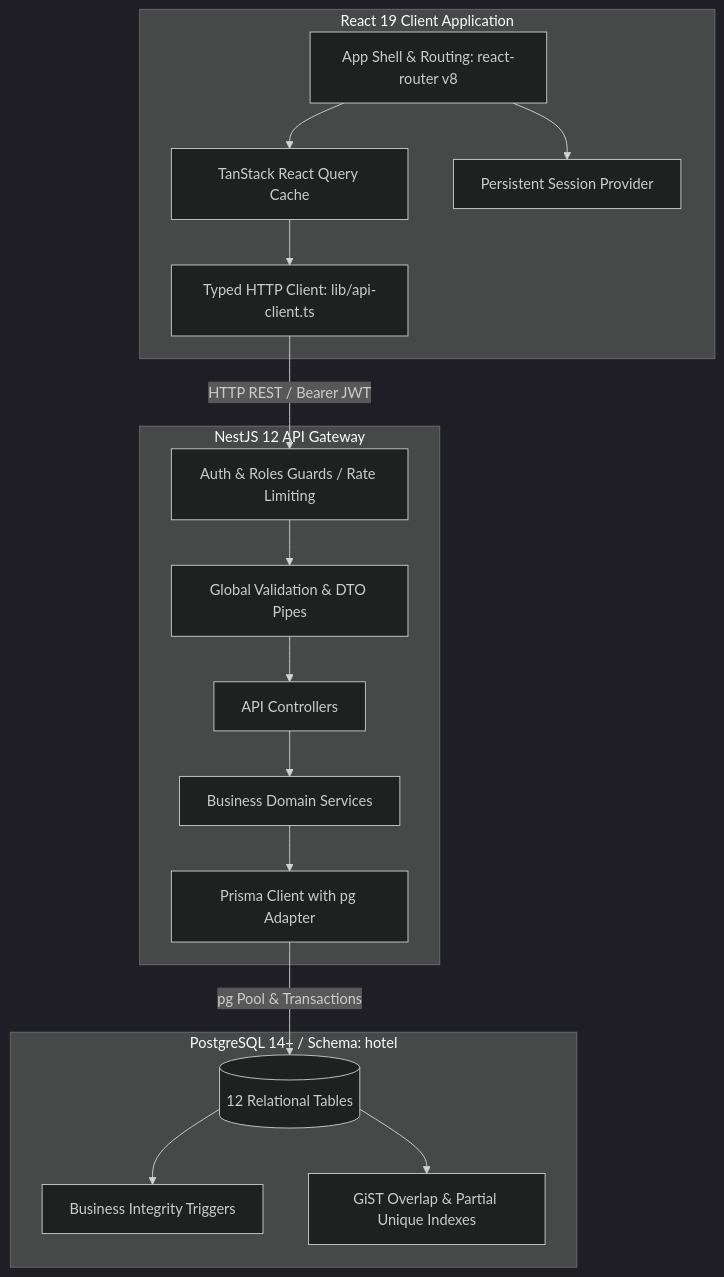
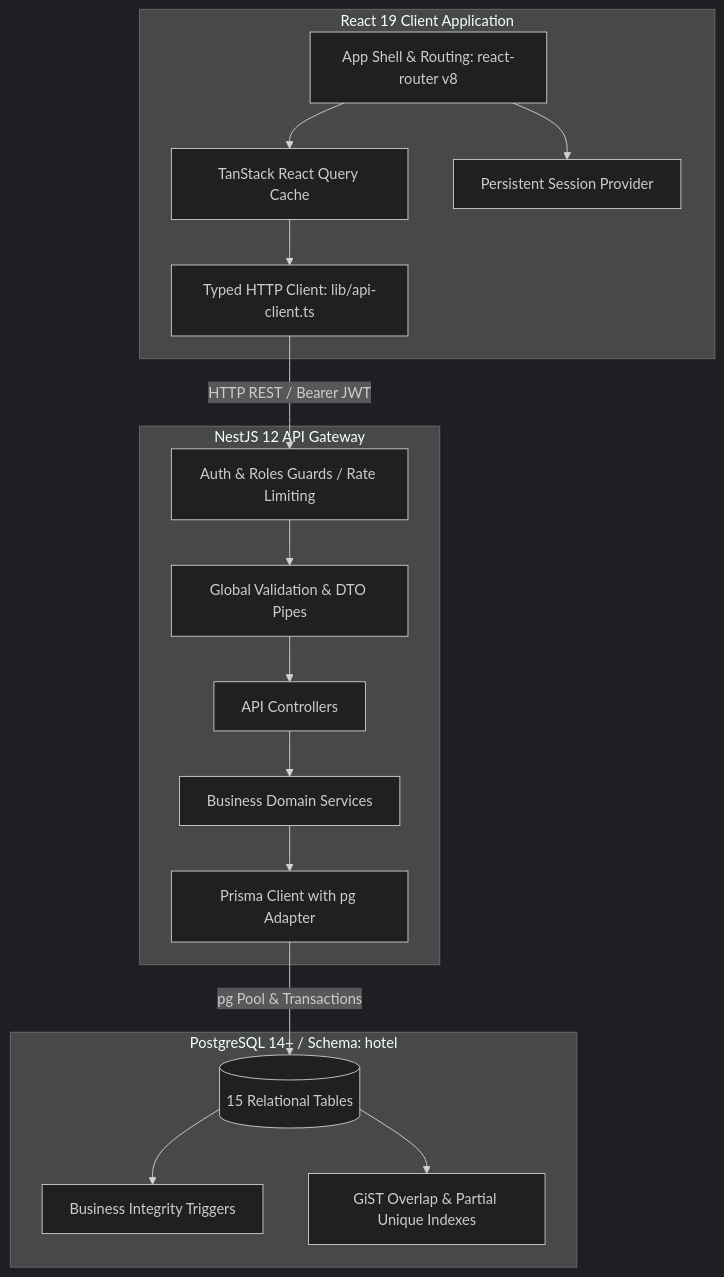
Before and after one commit to dothanhtu2003/Hotel-CK: the first of 2 diagrams in README.md, drawn with Mermaid (dark theme). The commit also changed other lines of this file, not shown here.

````diff
--- a/README.md
+++ b/README.md
@@ -111,35 +82,35 @@
 ```mermaid
 graph TD
     subgraph Frontend [React 19 Client Application]
         UI[App Shell & Routing: react-router v8]
         QueryClient[TanStack React Query Cache]
         AuthContext[Persistent Session Provider]
         APIClient[Typed HTTP Client: lib/api-client.ts]
     end
 
     subgraph Backend [NestJS 12 API Gateway]
         Guard[Auth & Roles Guards / Rate Limiting]
         Pipes[Global Validation & DTO Pipes]
         Controllers[API Controllers]
         Services[Business Domain Services]
         PrismaService[Prisma Client with pg Adapter]
     end
 
     subgraph Database [PostgreSQL 14+ / Schema: hotel]
         Triggers[Business Integrity Triggers]
         Constraints[GiST Overlap & Partial Unique Indexes]
-        Tables[(12 Relational Tables)]
+        Tables[(15 Relational Tables)]
     end
 
     UI --> AuthContext
     UI --> QueryClient
     QueryClient --> APIClient
     APIClient -->|HTTP REST / Bearer JWT| Guard
     Guard --> Pipes
     Pipes --> Controllers
     Controllers --> Services
     Services --> PrismaService
     PrismaService -->|pg Pool & Transactions| Tables
     Tables --> Triggers
     Tables --> Constraints
 ```
````
